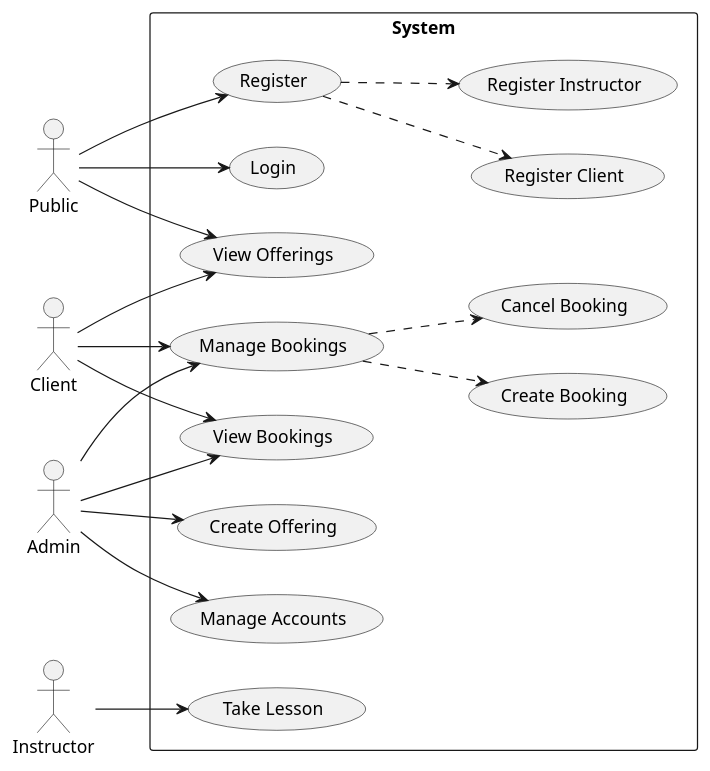
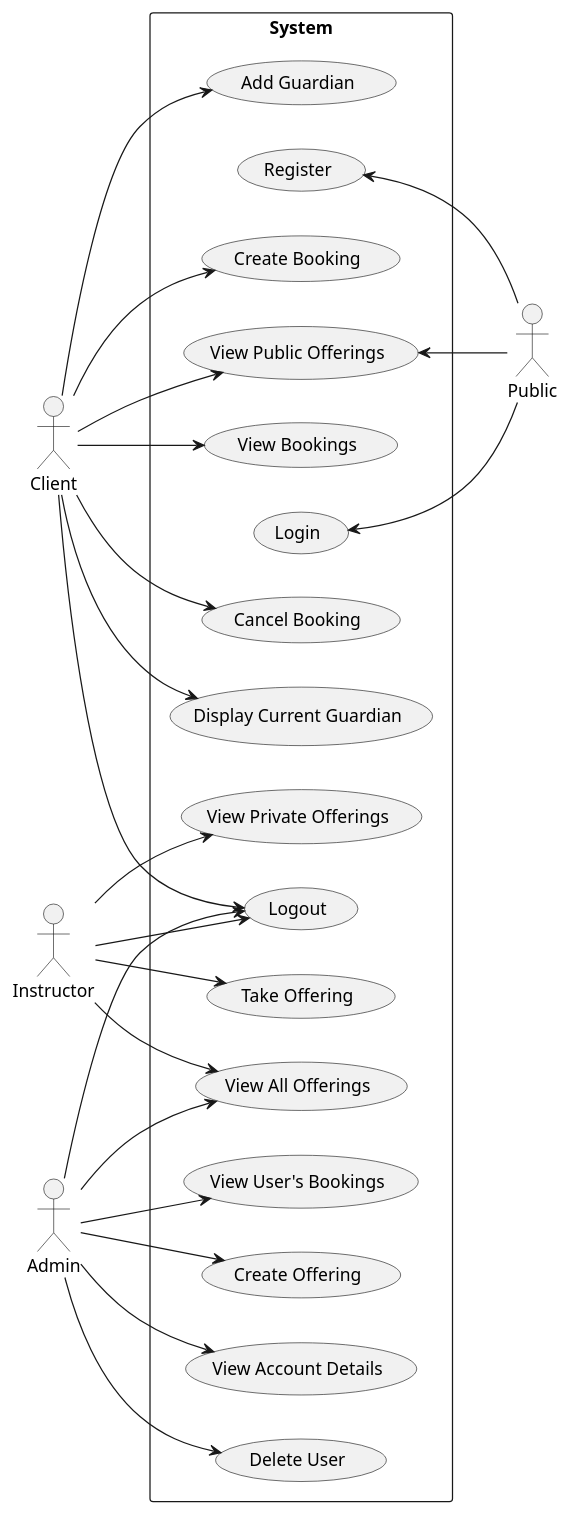
Before and after one commit to NathanGrenier/SOEN-342-Project: the diagram in diagrams/src/use-case-diagram.pu, drawn with PlantUML. The commit also changed 2 other files, not shown here.

```diff
--- a/diagrams/src/use-case-diagram.pu
+++ b/diagrams/src/use-case-diagram.pu
@@ -1,45 +1,54 @@
 @startuml Use Case Diagram
 left to right direction
 ' skinparam linetype ortho
 
 
 actor Public
 actor Client
 actor Instructor
 actor Admin
 
 rectangle System {
+    usecase "Login" as Login
     usecase "Register" as Register
-    usecase "Take Lesson" as TakeOffer
-    usecase "View Offerings" as ViewOfferings
-    usecase "Login" as Login
+    usecase "Logout" as Logout
+    usecase "View All Offerings" as ViewAllOfferings
+    usecase "View Public Offerings" as ViewPublicOfferings
+    usecase "View Private Offerings" as ViewPrivateOfferings
     usecase "Create Booking" as CreateBooking
+    usecase "View Bookings" as ViewBookings
     usecase "Cancel Booking" as CancelBooking
-    usecase "Register Client" as RegisterClient
-    usecase "Register Instructor" as RegisterInstructor
-    usecase "View Bookings" as ViewBookings
-    usecase "Manage Accounts" as ManageAccount
-    usecase "Create Offering" as CreateOffer
-    usecase "Manage Bookings" as ManageBooking
+    usecase "Display Current Guardian" as DisplayCurrentGuardian
+    usecase "Add Guardian" as AddGuardian
+    usecase "Cancel Booking" as CancelBooking
+    usecase "Take Offering" as TakeOffering
+    usecase "View User's Bookings" as ViewUserBookings
+    usecase "Create Offering" as CreateOffering
+    usecase "View Account Details" as ViewAccountDetails
+    usecase "Delete User" as DeleteUser
 }
 
-Public --> ViewOfferings
-Public --> Register
-Public --> Login
-Client --> ManageBooking
-Client --> ViewOfferings
+Register <-- Public
+Login <-- Public
+ViewPublicOfferings <-- Public
+
+Client --> ViewPublicOfferings
+Client --> CreateBooking
 Client --> ViewBookings
+Client --> CancelBooking
+Client --> DisplayCurrentGuardian
+Client --> AddGuardian
+Client --> Logout
 
-ManageBooking ..> CreateBooking
-ManageBooking ..> CancelBooking
+Instructor --> ViewAllOfferings
+Instructor --> ViewPrivateOfferings
+Instructor --> TakeOffering
+Instructor --> Logout
 
-Register ..> RegisterClient
-Register ..> RegisterInstructor
-
-Instructor --> TakeOffer
-
-Admin --> CreateOffer
-Admin --> ManageAccount
-Admin --> ViewBookings
-Admin --> ManageBooking
+Admin --> ViewUserBookings
+Admin --> ViewAllOfferings
+Admin --> CreateOffering
+Admin --> ViewAccountDetails
+Admin --> DeleteUser
+Admin --> Logout
 @enduml
```
